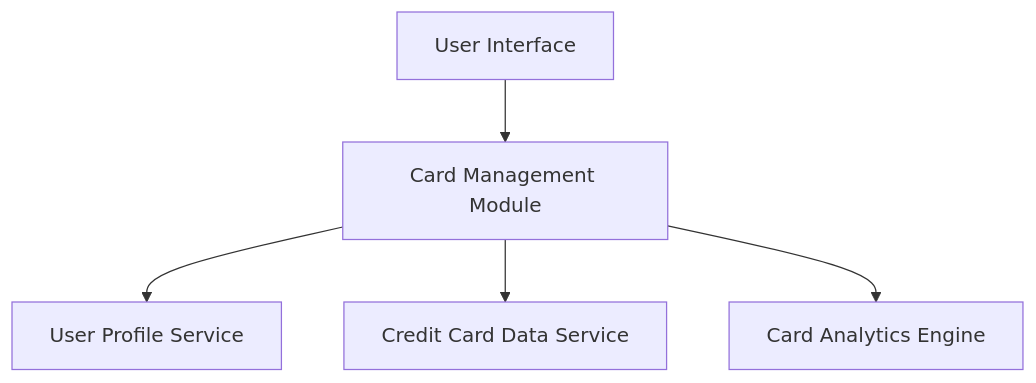
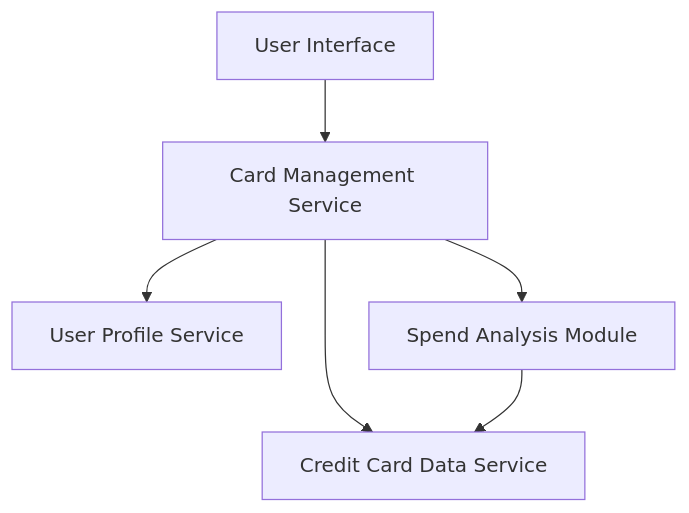
The diagram in HLD/QE-7943_HLD.md (AAVA-Demo/APB_Demo), drawn with Mermaid before and after one commit. The commit also changed other lines of this file and 5 other files, not shown here.

````diff
--- a/HLD/QE-7943_HLD.md
+++ b/HLD/QE-7943_HLD.md
@@ -7,12 +7,13 @@
 ```mermaid
 flowchart TD
     A["User Interface"]
-    B["Card Management Module"]
+    B["Card Management Service"]
     C["User Profile Service"]
     D["Credit Card Data Service"]
-    E["Card Analytics Engine"]
+    E["Spend Analysis Module"]
     A --> B
     B --> C
     B --> D
     B --> E
+    E --> D
 ```
````
